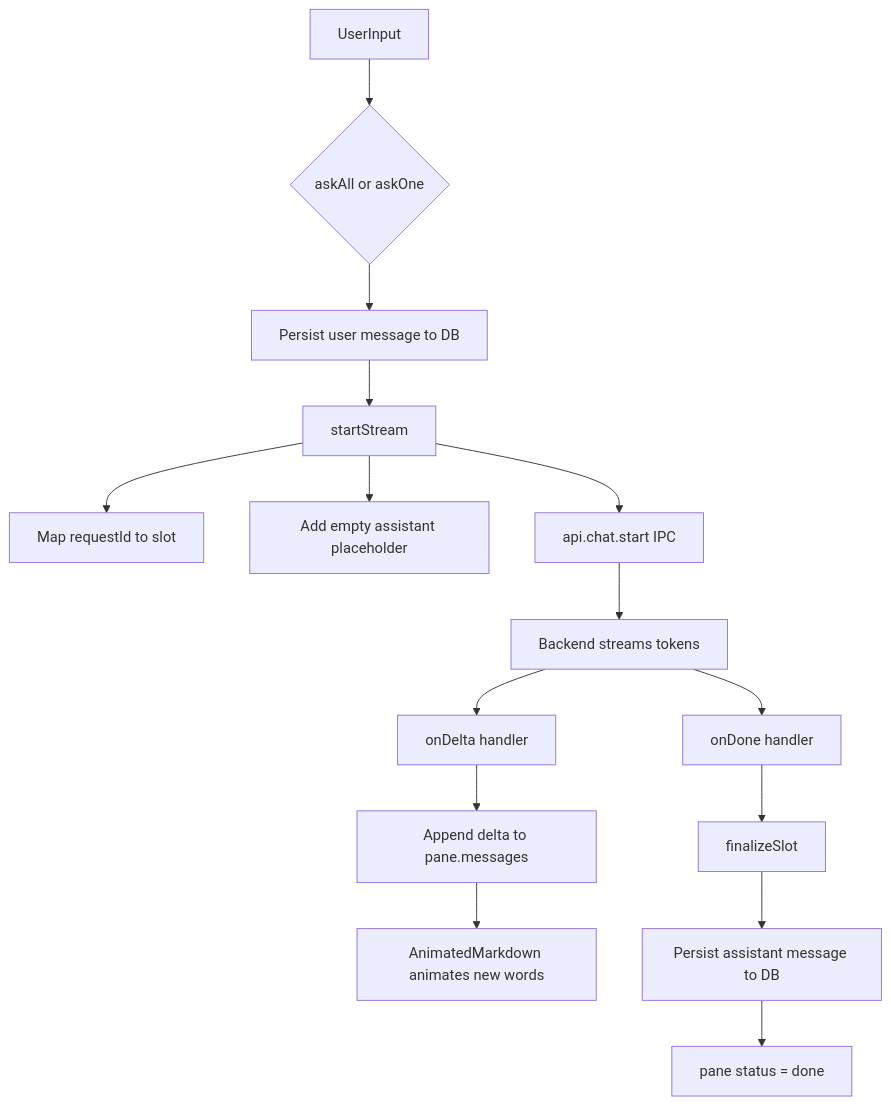
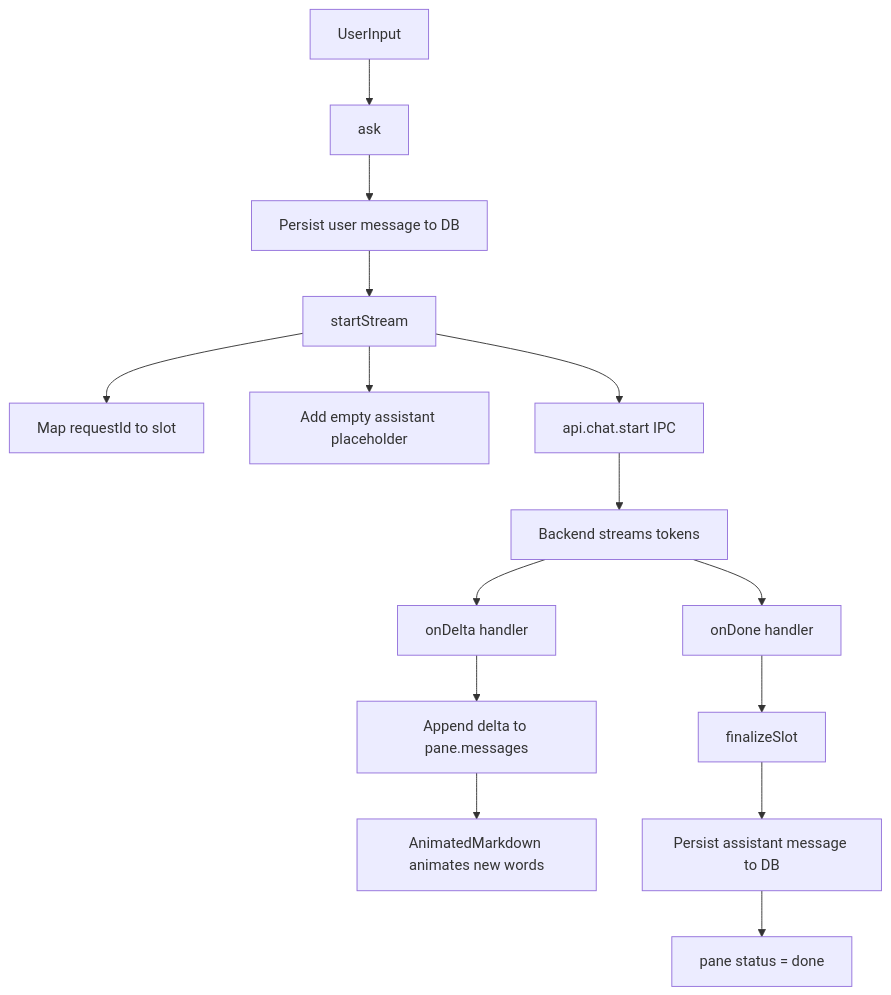
The first of 2 diagrams in docs/internals/streaming-pipeline.md (manojnaidu619/Arco-desktop), drawn with Mermaid before and after one commit. The commit also changed other lines of this file and 9 other files, not shown here.

Commit message:
Refactor chat functionality by renaming `askAll` to `ask` for clarity and updating related documentation. Remove follow-up input from `ModelPane` and adjust comments in `ChatBar` and `MainApp` for improved accuracy. Streamline data flow documentation to reflect these changes.

````diff
--- a/docs/internals/streaming-pipeline.md
+++ b/docs/internals/streaming-pipeline.md
@@ -10,17 +10,17 @@
 ```mermaid
 flowchart TD
-  userInput[UserInput] --> askAllOrOne{askAll or askOne}
-  askAllOrOne --> persistUser[Persist user message to DB]
+  userInput[UserInput] --> ask[ask]
+  ask --> persistUser[Persist user message to DB]
   persistUser --> startStream[startStream]
   startStream --> mapIds[Map requestId to slot]
   startStream --> placeholder[Add empty assistant placeholder]
   startStream --> ipcStart[api.chat.start IPC]
   ipcStart --> backend[Backend streams tokens]
   backend --> onDelta[onDelta handler]
   onDelta --> appendDirect[Append delta to pane.messages]
   appendDirect --> animatedMarkdown[AnimatedMarkdown animates new words]
   backend --> onDone[onDone handler]
   onDone --> finalizeSlot[finalizeSlot]
   finalizeSlot --> dbPersist[Persist assistant message to DB]
   dbPersist --> doneStatus[pane status = done]
 ```
````
